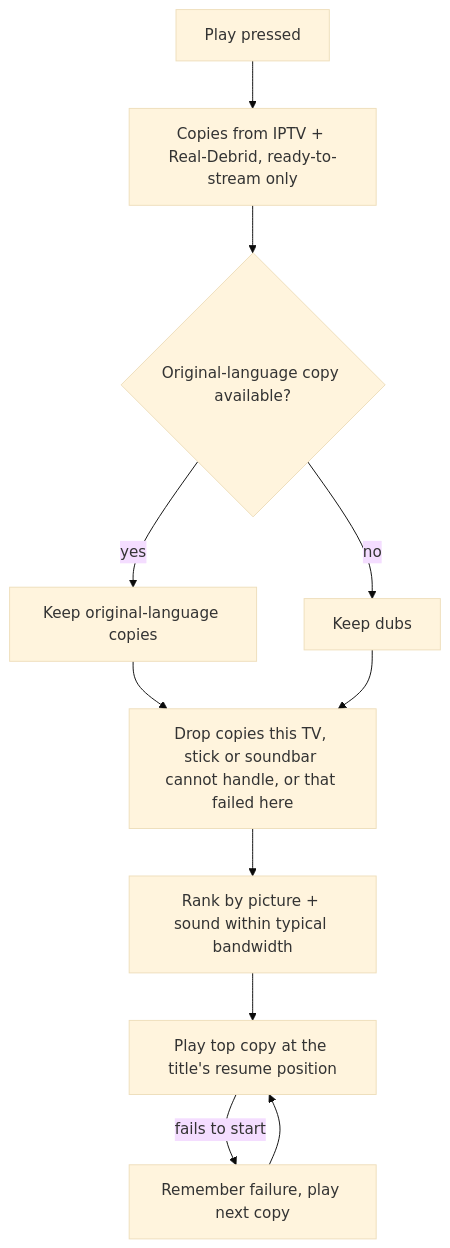
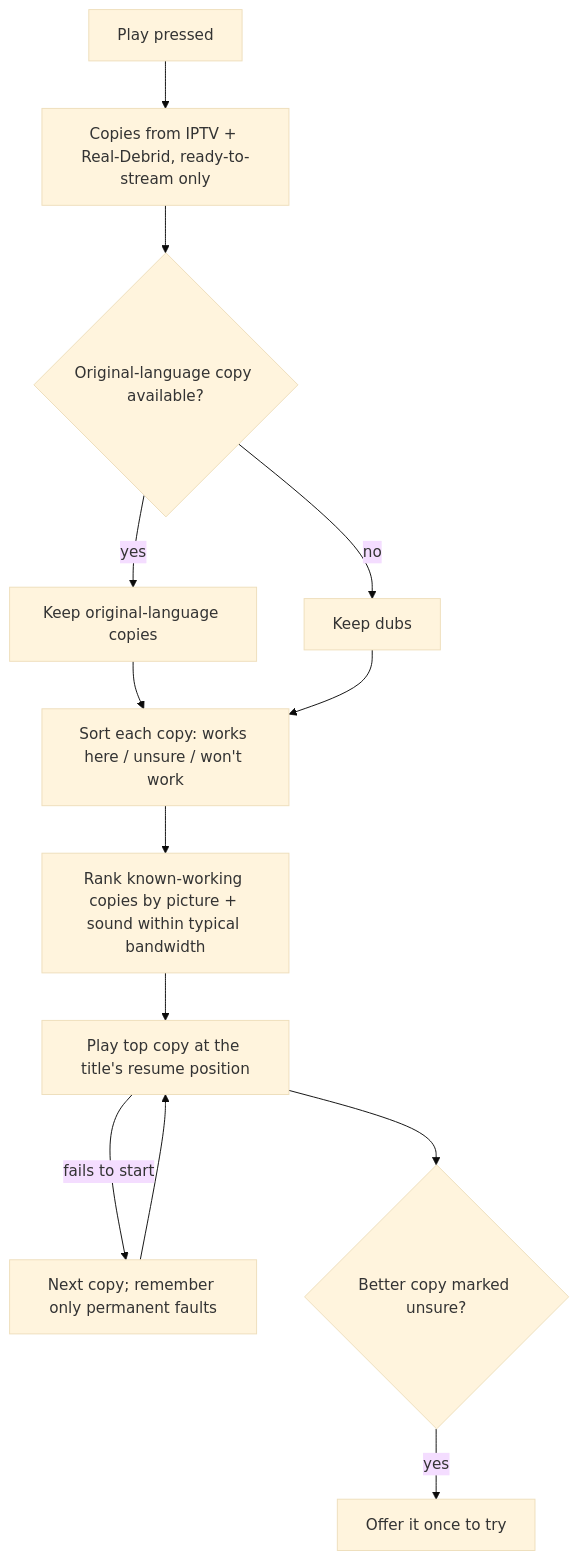
The first of 4 diagrams in docs/plans/2026-11-05-1241-feat-unified-movies-shows-plan.md (Mohamed3on/iptv-preview), drawn with Mermaid (base theme) before and after one commit. The commit also changed other lines of this file, not shown here.

````diff
--- a/docs/plans/2026-11-05-1241-feat-unified-movies-shows-plan.md
+++ b/docs/plans/2026-11-05-1241-feat-unified-movies-shows-plan.md
@@ -114,13 +135,15 @@
 ```mermaid
 flowchart TB
   A[Play pressed] --> B[Copies from IPTV + Real-Debrid, ready-to-stream only]
   B --> C{Original-language copy available?}
   C -->|yes| D[Keep original-language copies]
   C -->|no| E[Keep dubs]
-  D --> F[Drop copies this TV, stick or soundbar cannot handle, or that failed here]
+  D --> F[Sort each copy: works here / unsure / won't work]
   E --> F
-  F --> G[Rank by picture + sound within typical bandwidth]
+  F --> G[Rank known-working copies by picture + sound within typical bandwidth]
   G --> H[Play top copy at the title's resume position]
-  H -->|fails to start| I[Remember failure, play next copy]
+  H -->|fails to start| I[Next copy; remember only permanent faults]
   I --> H
+  H --> J{Better copy marked unsure?}
+  J -->|yes| K[Offer it once to try]
 ```
````
